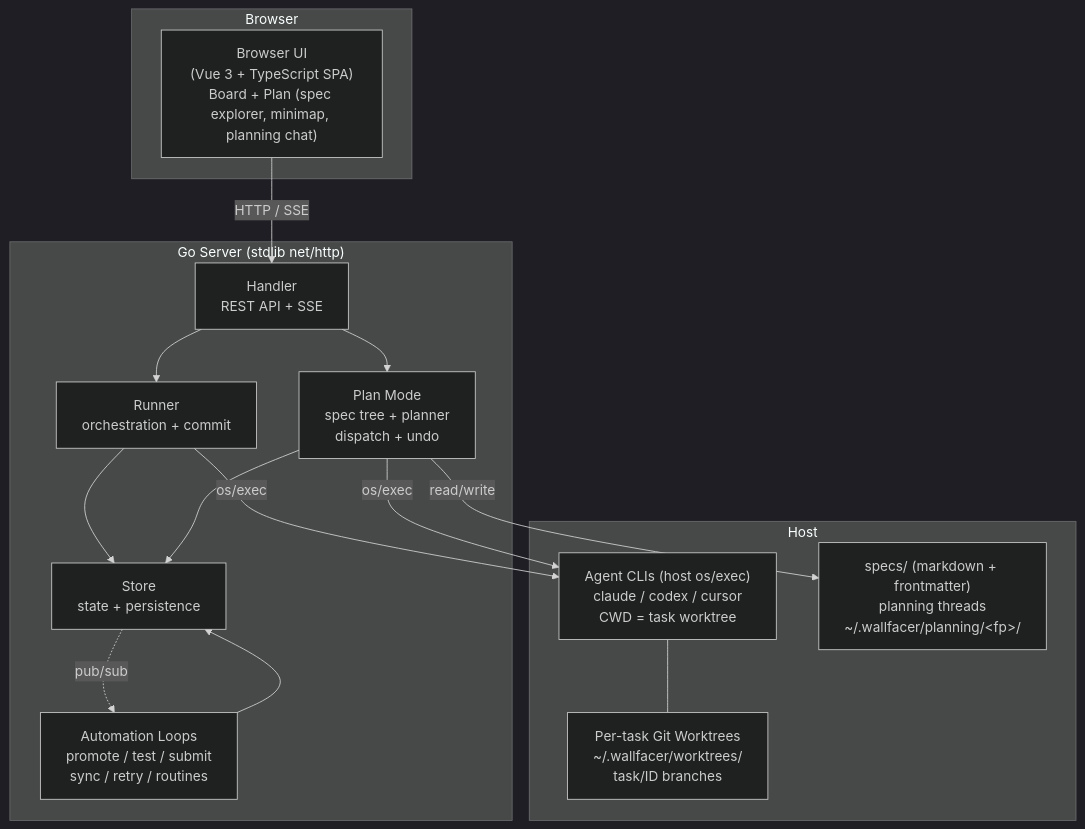
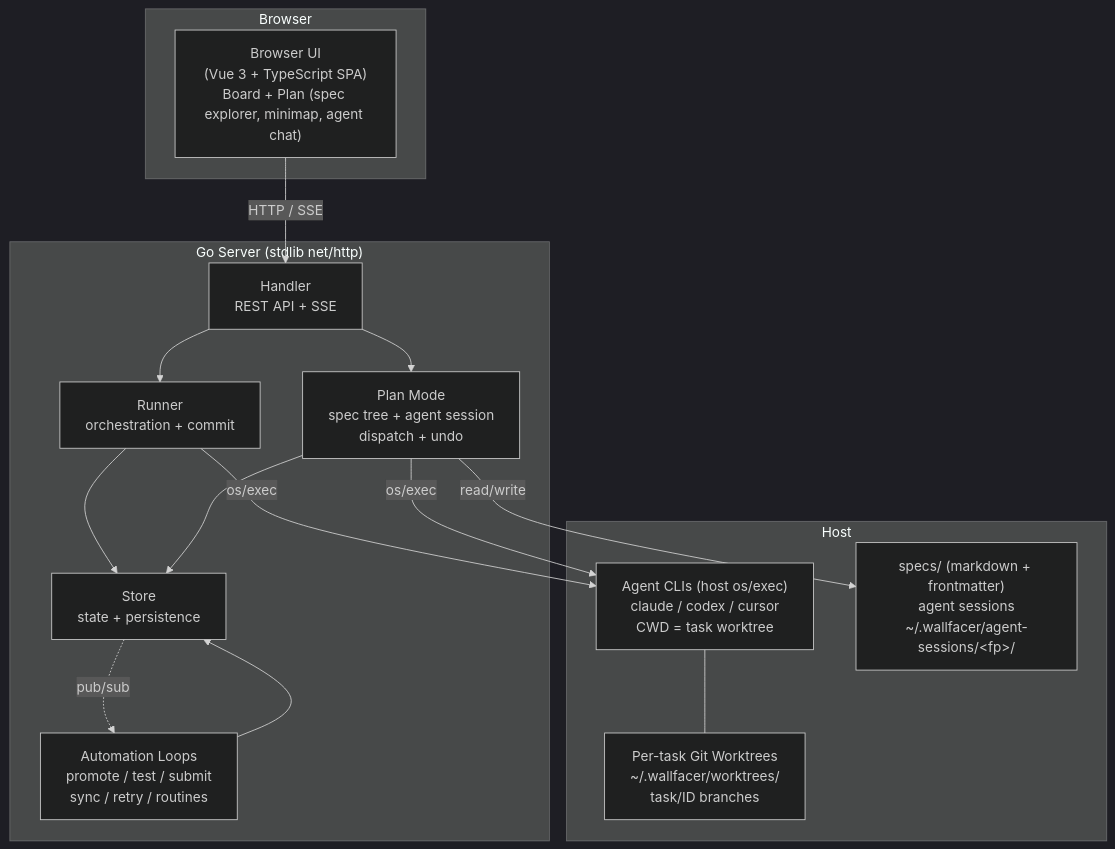
Before and after one commit to changkun/wallfacer: the first of 6 diagrams in docs/internals/architecture.md, drawn with Mermaid (dark theme). The commit also changed other lines of this file and 5 other files, not shown here.

Commit message:
refactor(agentsession): rename planning -> agent session in internals docs

````diff
--- a/docs/internals/architecture.md
+++ b/docs/internals/architecture.md
@@ -15,33 +15,33 @@
 ```mermaid
 graph TB
     subgraph Browser
-        UI["Browser UI<br/>(Vue 3 + TypeScript SPA)<br/>Board + Plan (spec explorer, minimap, planning chat)"]
+        UI["Browser UI<br/>(Vue 3 + TypeScript SPA)<br/>Board + Plan (spec explorer, minimap, agent chat)"]
     end
 
     subgraph Server["Go Server (stdlib net/http)"]
         Handler["Handler<br/>REST API + SSE"]
         Runner["Runner<br/>orchestration + commit"]
         Store["Store<br/>state + persistence"]
         Automation["Automation Loops<br/>promote / test / submit<br/>sync / retry / routines"]
-        Plan["Plan Mode<br/>spec tree + planner<br/>dispatch + undo"]
+        Plan["Plan Mode<br/>spec tree + agent session<br/>dispatch + undo"]
 
         Handler --> Runner
         Handler --> Plan
         Runner --> Store
         Automation --> Store
         Plan --> Store
         Store -.->|pub/sub| Automation
     end
 
     subgraph Infra["Host"]
         Agents["Agent CLIs (host os/exec)<br/>claude / codex / cursor<br/>CWD = task worktree"]
         Worktrees["Per-task Git Worktrees<br/>~/.wallfacer/worktrees/<br/>task/ID branches"]
-        SpecsFS["specs/ (markdown + frontmatter)<br/>planning threads<br/>~/.wallfacer/planning/&lt;fp&gt;/"]
+        SpecsFS["specs/ (markdown + frontmatter)<br/>agent sessions<br/>~/.wallfacer/agent-sessions/&lt;fp&gt;/"]
         Agents --- Worktrees
     end
 
     UI -->|"HTTP / SSE"| Handler
     Runner -->|os/exec| Agents
     Plan -->|os/exec| Agents
     Plan -->|read/write| SpecsFS
 ```
````
